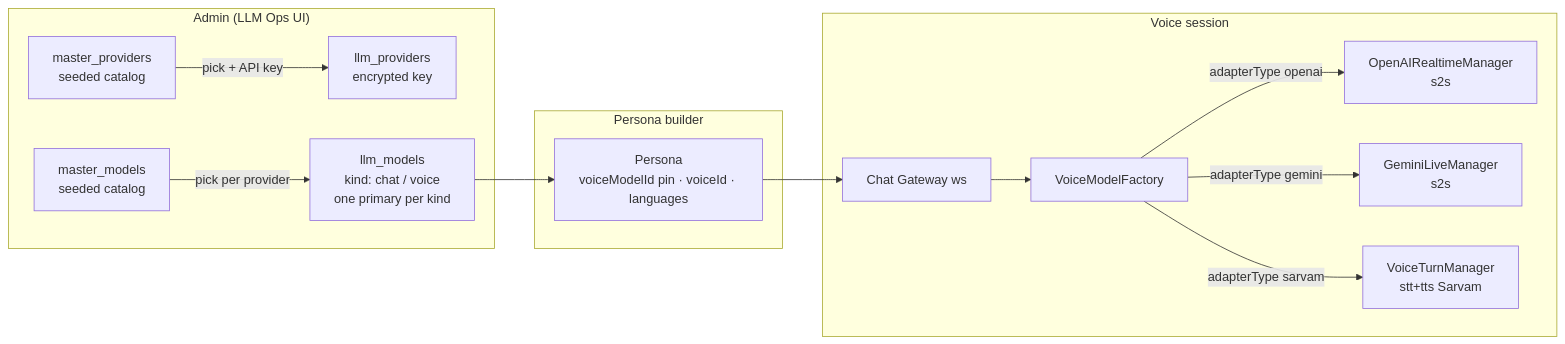
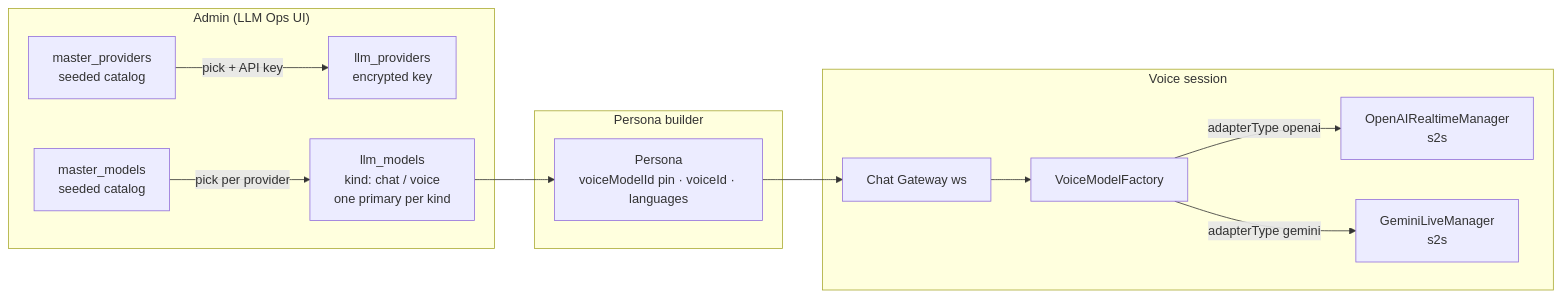
The first of 4 diagrams in docs/VOICE_CHAT_FLOW.md (shaik-pentafox/learnium), drawn with Mermaid before and after one commit. The commit also changed other lines of this file and 2 other files, not shown here.

Commit message:
docs: persona prompt architecture, LangSmith setup, voice S2S flow

````diff
--- a/docs/VOICE_CHAT_FLOW.md
+++ b/docs/VOICE_CHAT_FLOW.md
@@ -11,24 +11,22 @@
 ```mermaid
 flowchart LR
     subgraph Admin["Admin (LLM Ops UI)"]
         MP[master_providers<br/>seeded catalog] -->|pick + API key| CP[llm_providers<br/>encrypted key]
         MM[master_models<br/>seeded catalog] -->|pick per provider| CM[llm_models<br/>kind: chat / voice<br/>one primary per kind]
     end
 
     subgraph Trainer["Persona builder"]
         P[Persona<br/>voiceModelId pin · voiceId · languages]
     end
 
     subgraph Session["Voice session"]
         GW[Chat Gateway ws]
         F[VoiceModelFactory]
         M1[OpenAIRealtimeManager<br/>s2s]
         M2[GeminiLiveManager<br/>s2s]
-        M3[VoiceTurnManager<br/>stt+tts Sarvam]
     end
 
     CM --> P --> GW --> F
     F -->|adapterType openai| M1
     F -->|adapterType gemini| M2
-    F -->|adapterType sarvam| M3
 ```
````
